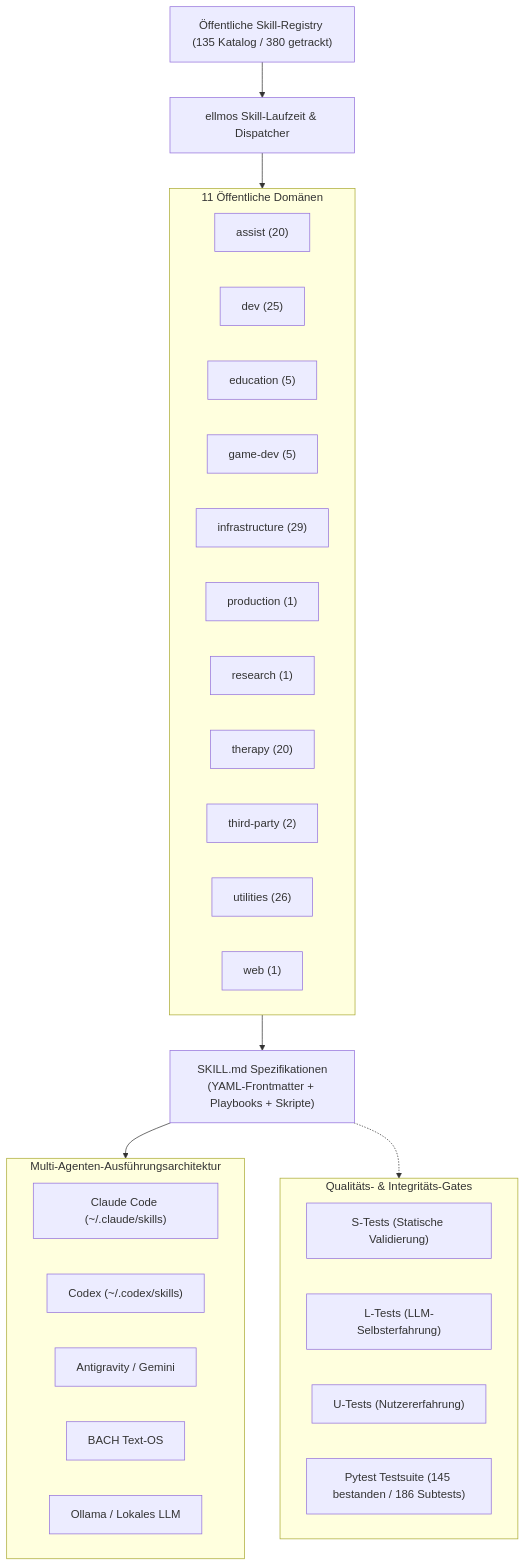
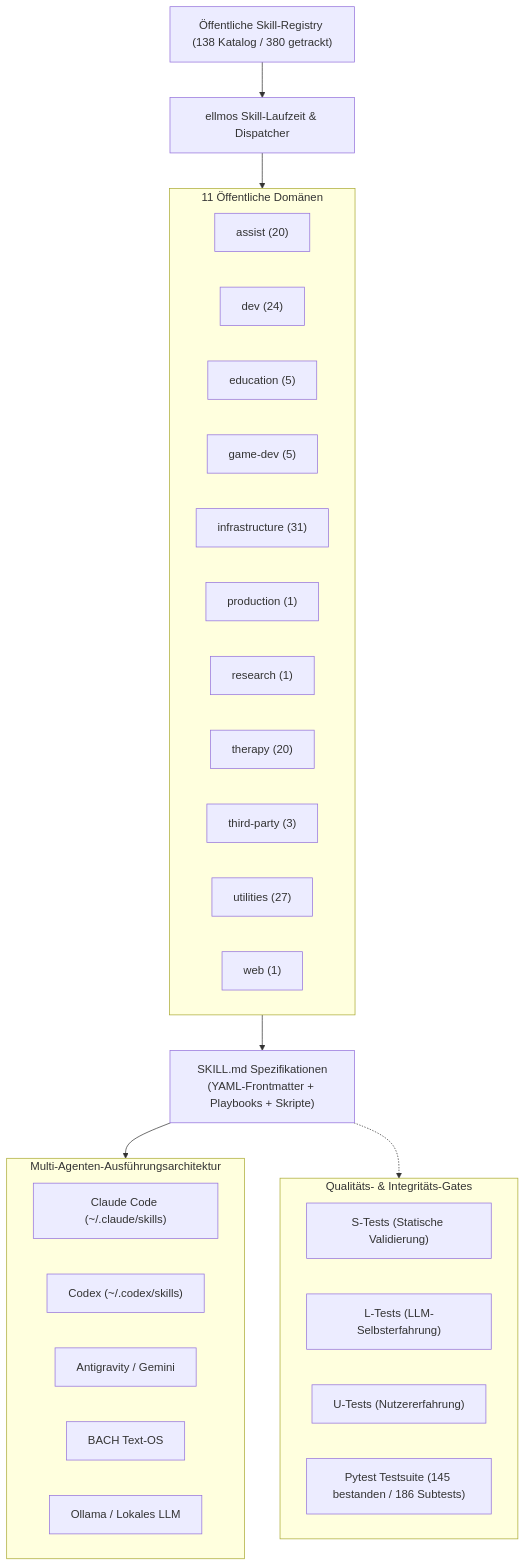
Before and after one commit to ellmos-ai/skills: the first of 2 diagrams in README_de.md, drawn with Mermaid. The commit also changed other lines of this file and 7 other files, not shown here.

````diff
--- a/README_de.md
+++ b/README_de.md
@@ -45,40 +45,40 @@
 ```mermaid
 flowchart TD
-    Registry["Öffentliche Skill-Registry (135 Katalog / 380 getrackt)"] --> Engine["ellmos Skill-Laufzeit & Dispatcher"]
+    Registry["Öffentliche Skill-Registry (138 Katalog / 380 getrackt)"] --> Engine["ellmos Skill-Laufzeit & Dispatcher"]
     
     subgraph Catalog ["11 Öffentliche Domänen"]
         Assist["assist (20)"]
-        Dev["dev (25)"]
+        Dev["dev (24)"]
         Edu["education (5)"]
         Game["game-dev (5)"]
-        Infra["infrastructure (29)"]
+        Infra["infrastructure (31)"]
         Prod["production (1)"]
         Res["research (1)"]
         Therapy["therapy (20)"]
-        ThirdParty["third-party (2)"]
-        Utils["utilities (26)"]
+        ThirdParty["third-party (3)"]
+        Utils["utilities (27)"]
         Web["web (1)"]
     end
     
     Engine --> Catalog
     Catalog --> Artifacts["SKILL.md Spezifikationen\n(YAML-Frontmatter + Playbooks + Skripte)"]
     
     subgraph MultiAgentRuntimes ["Multi-Agenten-Ausführungsarchitektur"]
         ClaudeCode["Claude Code (~/.claude/skills)"]
         Codex["Codex (~/.codex/skills)"]
         AGY["Antigravity / Gemini"]
         BACH["BACH Text-OS"]
         LocalOllama["Ollama / Lokales LLM"]
     end
     
     Artifacts --> MultiAgentRuntimes
     
     subgraph QualityGates ["Qualitäts- & Integritäts-Gates"]
         STests["S-Tests (Statische Validierung)"]
         LTests["L-Tests (LLM-Selbsterfahrung)"]
         UTests["U-Tests (Nutzererfahrung)"]
         PytestSuite["Pytest Testsuite (145 bestanden / 186 Subtests)"]
     end
     
     Artifacts -.-> QualityGates
 ```
````
